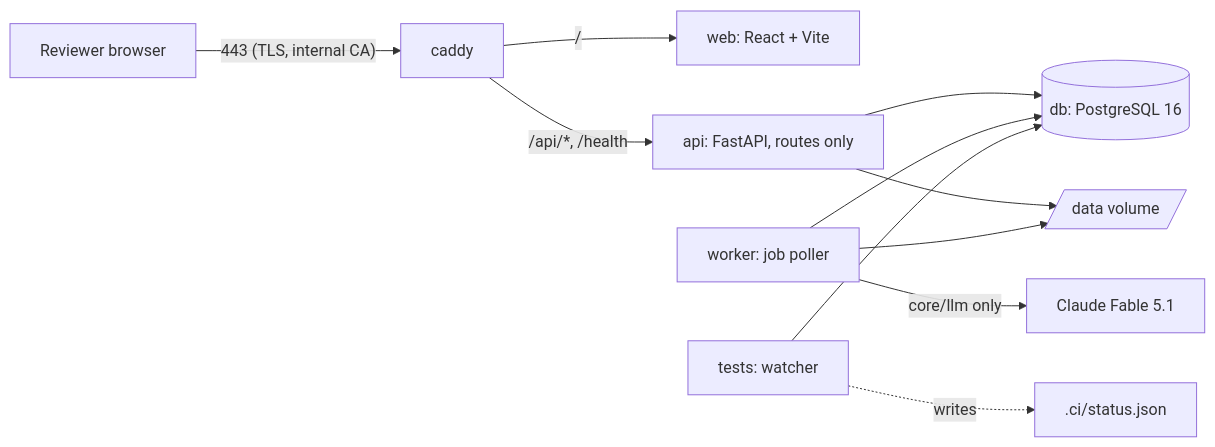
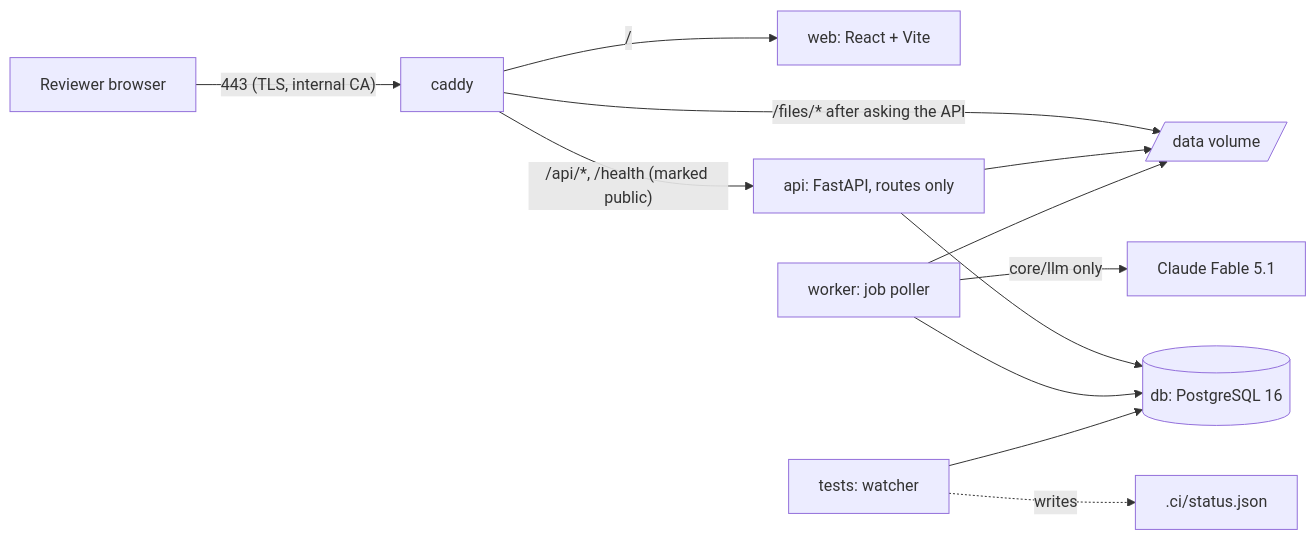
One commit to Ergplan/tender_engine changed the diagram in docs/ARCHITECTURE.md. Above: the diagram before and after it, drawn with Mermaid. The commit also changed other lines of this file and 44 other files, not shown here.

````diff
--- a/docs/ARCHITECTURE.md
+++ b/docs/ARCHITECTURE.md
@@ -7,13 +7,14 @@
 ```mermaid
 flowchart LR
   R[Reviewer browser] -- "443 (TLS, internal CA)" --> C[caddy]
   C -- "/" --> W[web: React + Vite]
-  C -- "/api/*, /health" --> A[api: FastAPI, routes only]
+  C -- "/api/*, /health (marked public)" --> A[api: FastAPI, routes only]
+  C -- "/files/* after asking the API" --> V
   A --> D[(db: PostgreSQL 16)]
   K[worker: job poller] --> D
   A --> V[/data volume/]
   K --> V
   K -- "core/llm only" --> L[Claude Fable 5.1]
   T[tests: watcher] --> D
   T -. writes .-> S[.ci/status.json]
 ```
````
